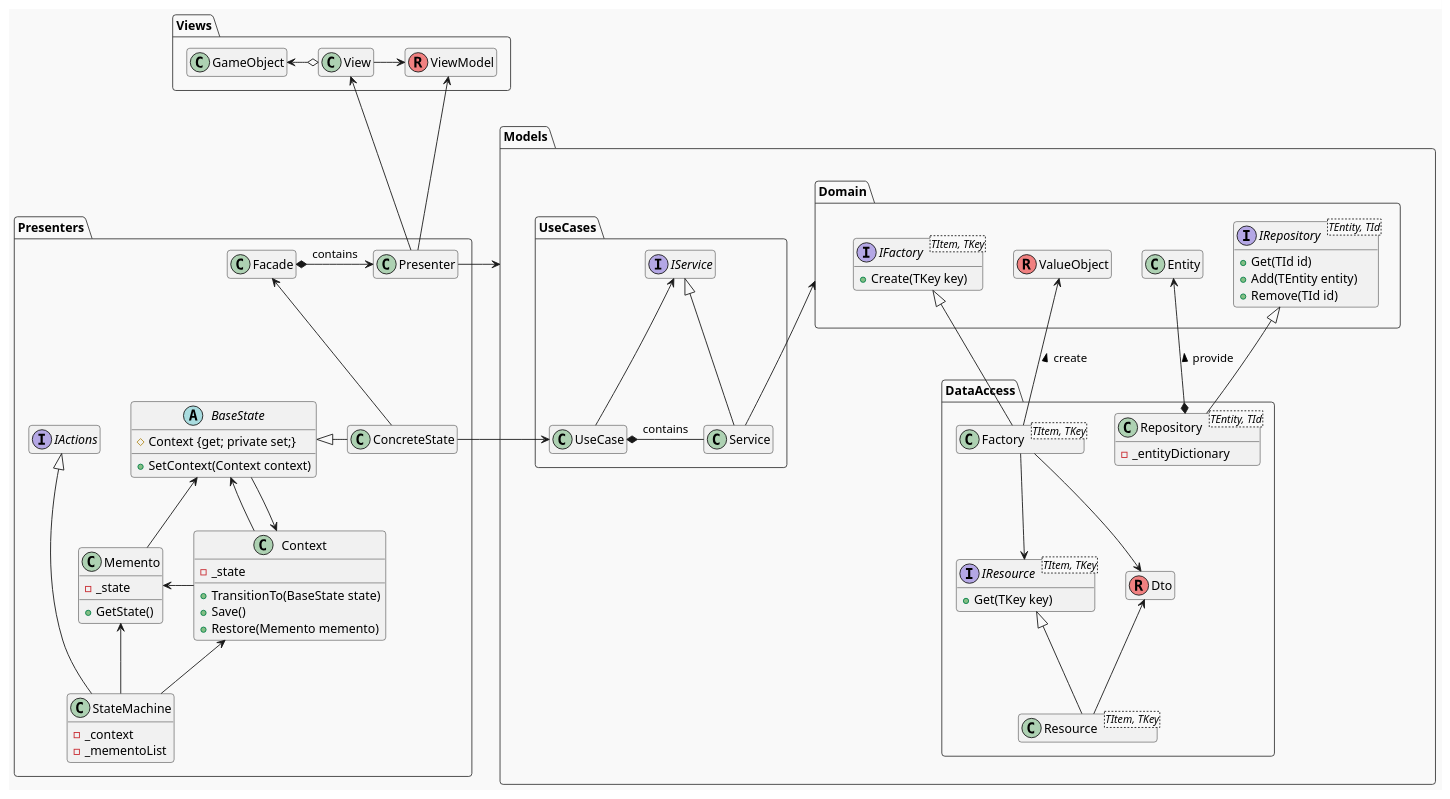
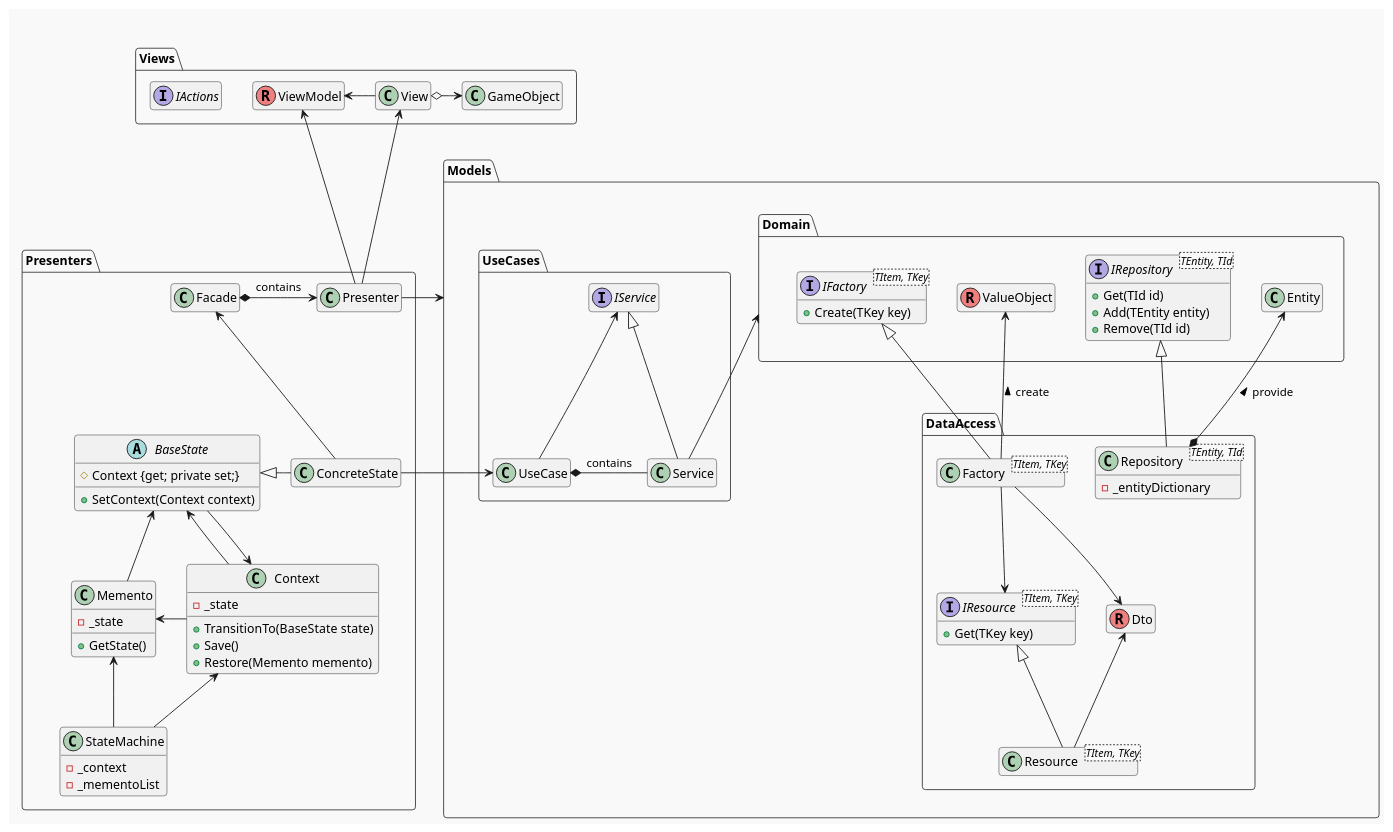
One commit to natsuhiko-maekawa/RPG changed the diagram in Documents/PlantUML/ClassDiagram.puml. Above: the diagram before and after it, drawn with PlantUML.

Commit message:
クラス図を修正

```diff
--- a/Documents/PlantUML/ClassDiagram.puml
+++ b/Documents/PlantUML/ClassDiagram.puml
@@ -1,102 +1,112 @@
 @startuml
 'https://plantuml.com/class-diagram
 
 !theme mars
 package Views{
     class View
     class ViewModel << (R, lightcoral) >>
     class GameObject
-    ViewModel <-l- View
-    GameObject <-r-o View
+'    class InputAction
+    interface IActions
+'    IActions <-u- InputAction
+    ViewModel <-r View
+    GameObject <-lo View
+    IActions -[hidden] GameObject
 }
 
 package Presenters{
     abstract class BaseState{
         # Context {get; private set;}
         + SetContext(Context context)
     }
     class ConcreteState
     class Context{
         - _state
         + TransitionTo(BaseState state)
         + Save()
         + Restore(Memento memento)
     }
     class Memento{
         - _state
         + GetState()
     }
     class StateMachine{
         - _context
         - _mementoList
     }
-    interface IActions
     class Facade
     class Presenter
+    class DummyClass
 
     Facade <-- ConcreteState
-    Presenter <-l-* Facade : contains
+    Presenter <-l* Facade : contains
     BaseState <|- ConcreteState
     BaseState <-- Context
     BaseState <-- Memento
     Context <-- BaseState
     Memento <- Context
     Memento <-- StateMachine
     Context <-- StateMachine
-    IActions <|--- StateMachine
+
+    hide DummyClass
+    DummyClass ---- StateMachine
+    DummyClass - Facade
 }
 
 package Models{
     package Domain{
         class Entity
         class ValueObject << (R, lightcoral) >>
         interface IRepository<TEntity, TId>{
             + Get(TId id)
             + Add(TEntity entity)
             + Remove(TId id)
         }
         interface IFactory<TItem, TKey>{
             + Create(TKey key)
         }
     }
 
     package UseCases{
         class Service
         class UseCase
         interface IService
 
         IService <|- Service
         IService <-- UseCase
         UseCase *- Service : contains
     }
 
     package DataAccess{
         class Repository<TEntity, TId>{
             - _entityDictionary
         }
         class Factory<TItem, TKey>
         interface IResource<TItem, TKey>{
             + Get(TKey key)
         }
         class Dto << (R, lightcoral) >>
         class Resource<TItem, TKey>
     }
 
     Domain <-- Service
     IRepository <|- Repository
     Entity <--* Repository : provide <
     IFactory <|- Factory
     ValueObject <-- Factory : create <
     IResource <-u- Factory
     Dto <-u- Factory
     IResource <|-- Resource
     Dto <-- Resource
 }
 
+'IActions --- StateMachine
+'IActions --- DummyClass
 View <-- Presenter
 ViewModel <-- Presenter
 Models <- Presenter
 UseCase <- ConcreteState
 
+
 hide empty members
 @enduml
```
